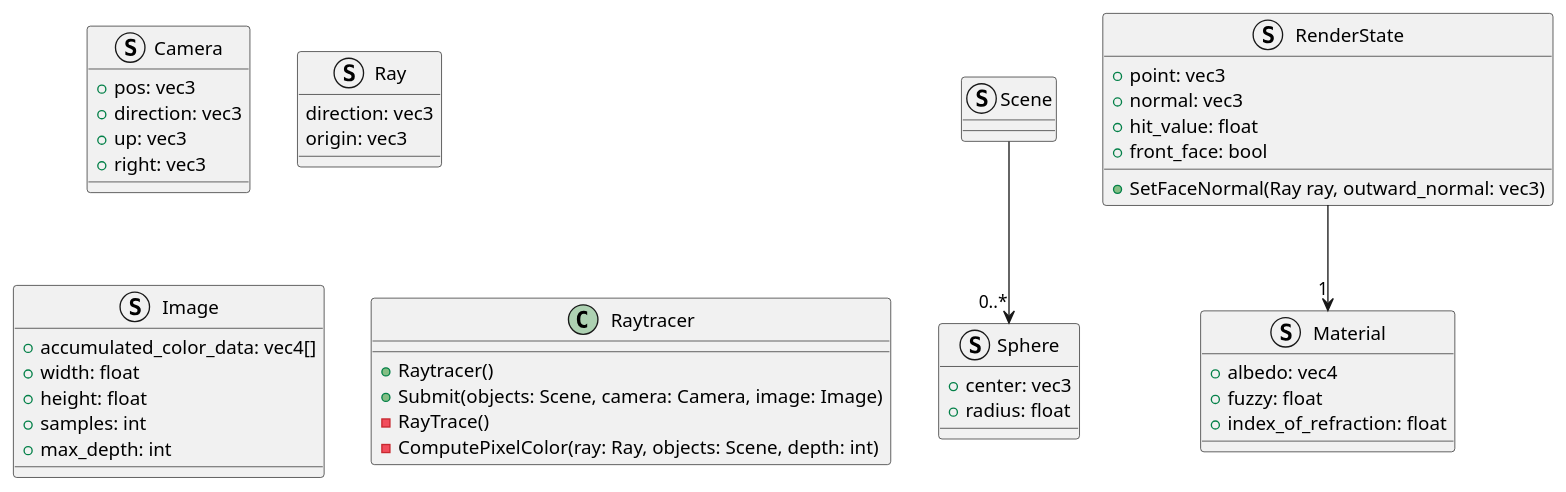
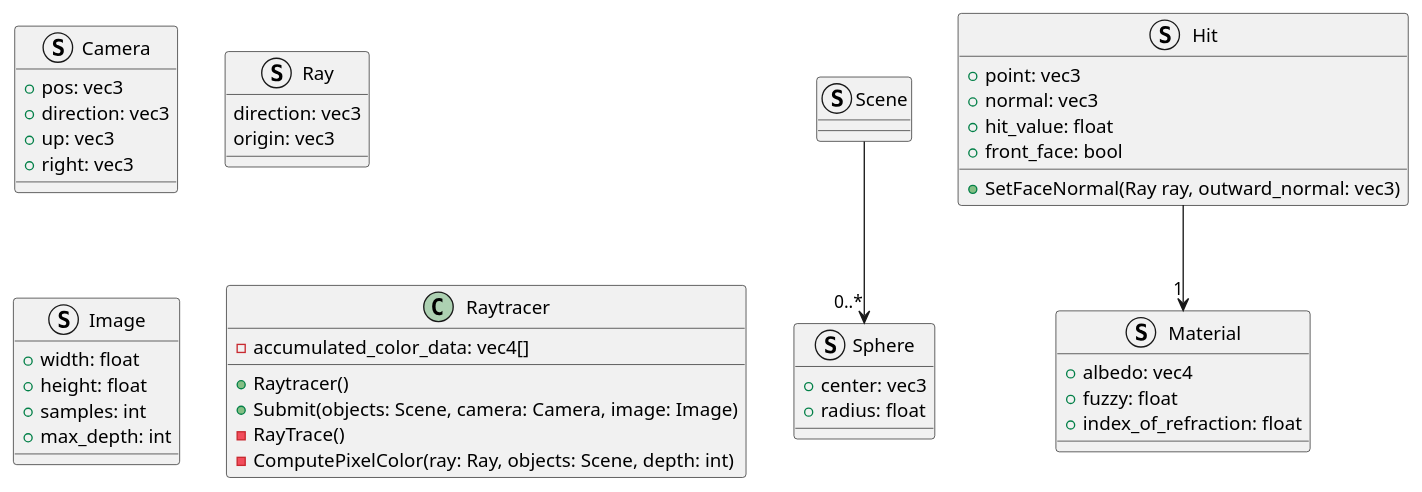
One commit to wolfel1/Raytracy changed the diagram in docs/raytracer/src/classes_refactored.puml. Above: the diagram before and after it, drawn with PlantUML. The commit also changed 16 other files, not shown here.

```diff
--- a/docs/raytracer/src/classes_refactored.puml
+++ b/docs/raytracer/src/classes_refactored.puml
@@ -1,45 +1,45 @@
 @startuml raytracer
 
 struct Sphere
 Sphere : +center: vec3
 Sphere : +radius: float
 
 struct Scene
 Scene --> "0..*" Sphere
 
 struct Material
 Material : +albedo: vec4
 Material : +fuzzy: float
 Material : +index_of_refraction: float
 
 struct Camera
 Camera : +pos: vec3
 Camera : +direction: vec3
 Camera : +up: vec3
 Camera : +right: vec3
 
 struct Ray
 Ray : direction: vec3
 Ray : origin: vec3
 
-struct RenderState
-RenderState : +point: vec3
-RenderState : +normal: vec3
-RenderState : +hit_value: float
-RenderState : +front_face: bool
-RenderState : +SetFaceNormal(Ray ray, outward_normal: vec3)
-RenderState --> "1" Material
+struct Hit
+Hit : +point: vec3
+Hit : +normal: vec3
+Hit : +hit_value: float
+Hit : +front_face: bool
+Hit : +SetFaceNormal(Ray ray, outward_normal: vec3)
+Hit --> "1" Material
 
 struct Image
-Image : +accumulated_color_data: vec4[]
 Image : +width: float
 Image : +height: float
 Image : +samples: int
 Image : +max_depth: int
 
 class Raytracer
+Raytracer : -accumulated_color_data: vec4[]
 Raytracer : +Raytracer()
 Raytracer : +Submit(objects: Scene, camera: Camera, image: Image)
 Raytracer : -RayTrace()
 Raytracer : -ComputePixelColor(ray: Ray, objects: Scene, depth: int)
 @enduml
```
